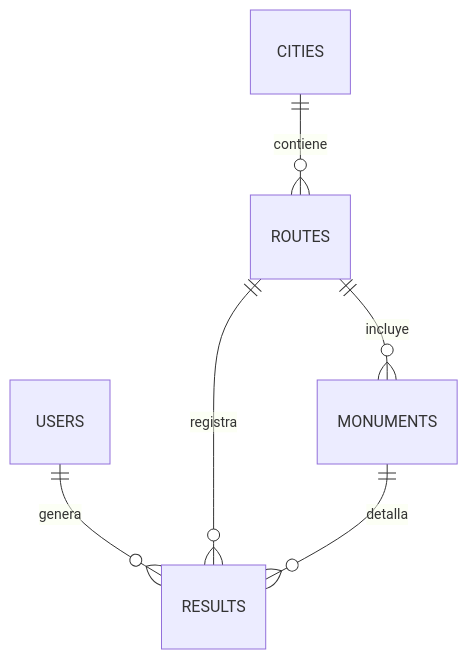
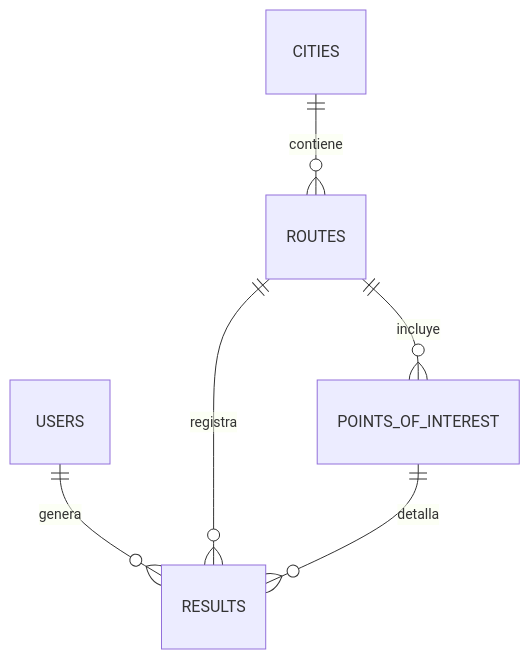
One commit to TurisTechTeam-Dev/RuteX-GO-App changed the third of 4 diagrams in docs/technical_documentation.md. Above: the diagram before and after it, drawn with Mermaid. The commit also changed other lines of this file, not shown here.

````diff
--- a/docs/technical_documentation.md
+++ b/docs/technical_documentation.md
@@ -409,8 +408,8 @@
 ```mermaid
 erDiagram
     USERS ||--o{ RESULTS : genera
     CITIES ||--o{ ROUTES : contiene
-    ROUTES ||--o{ MONUMENTS : incluye
+    ROUTES ||--o{ POINTS_OF_INTEREST : incluye
     ROUTES ||--o{ RESULTS : registra
-    MONUMENTS ||--o{ RESULTS : detalla
+    POINTS_OF_INTEREST ||--o{ RESULTS : detalla
 ```
````
